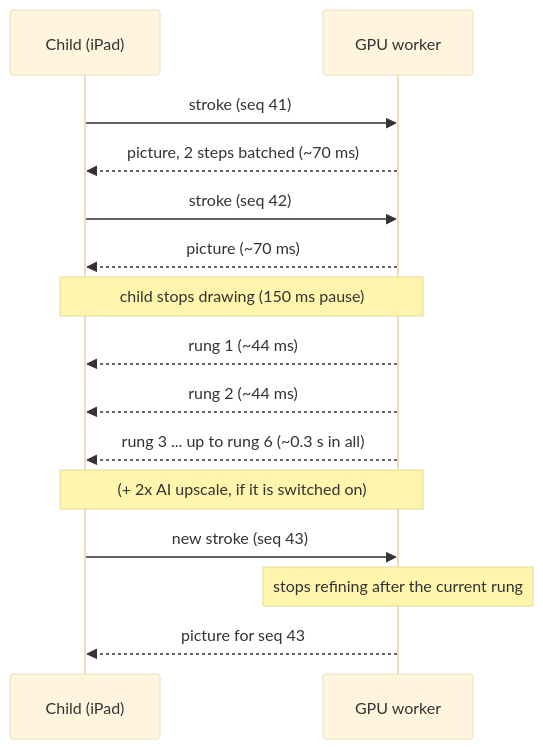
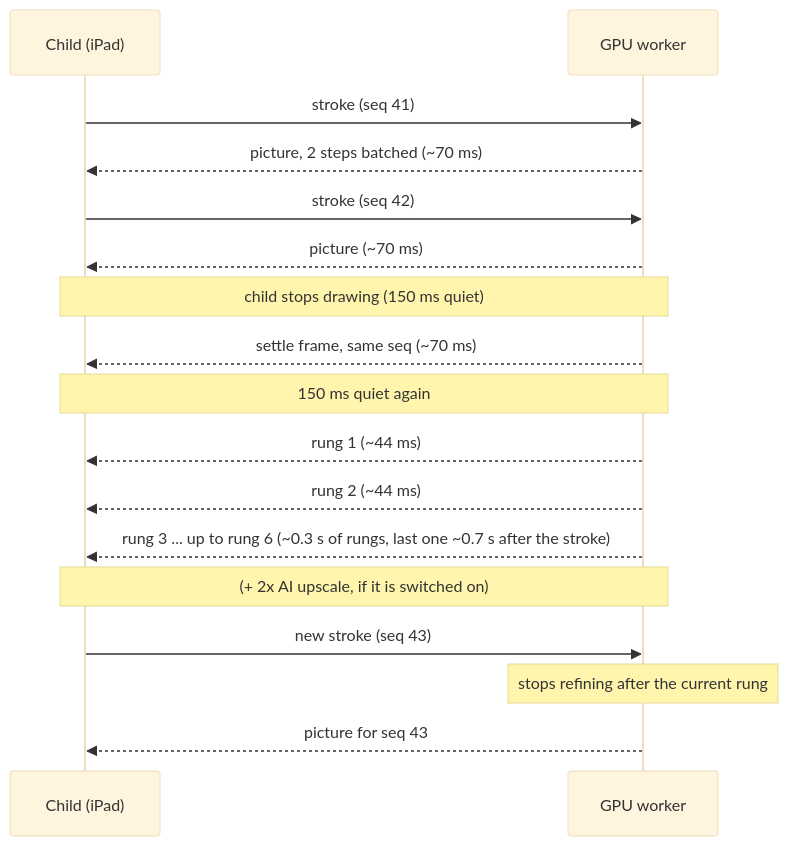
The third of 3 diagrams in docs/showcase/architecture.md (AlexDM0/dreamer), drawn with Mermaid (base theme) before and after one commit. The commit also changed other lines of this file and 6 other files, not shown here.

````diff
--- a/docs/showcase/architecture.md
+++ b/docs/showcase/architecture.md
@@ -49,17 +50,19 @@
 ```mermaid
 sequenceDiagram
     participant Kid as Child (iPad)
     participant W as GPU worker
     Kid->>W: stroke (seq 41)
     W-->>Kid: picture, 2 steps batched (~70 ms)
     Kid->>W: stroke (seq 42)
     W-->>Kid: picture (~70 ms)
-    Note over Kid,W: child stops drawing (150 ms pause)
+    Note over Kid,W: child stops drawing (150 ms quiet)
+    W-->>Kid: settle frame, same seq (~70 ms)
+    Note over Kid,W: 150 ms quiet again
     W-->>Kid: rung 1 (~44 ms)
     W-->>Kid: rung 2 (~44 ms)
-    W-->>Kid: rung 3 ... up to rung 6 (~0.3 s in all)
+    W-->>Kid: rung 3 ... up to rung 6 (~0.3 s of rungs, last one ~0.7 s after the stroke)
     Note over Kid,W: (+ 2x AI upscale, if it is switched on)
     Kid->>W: new stroke (seq 43)
     Note over W: stops refining after the current rung
     W-->>Kid: picture for seq 43
 ```
````
